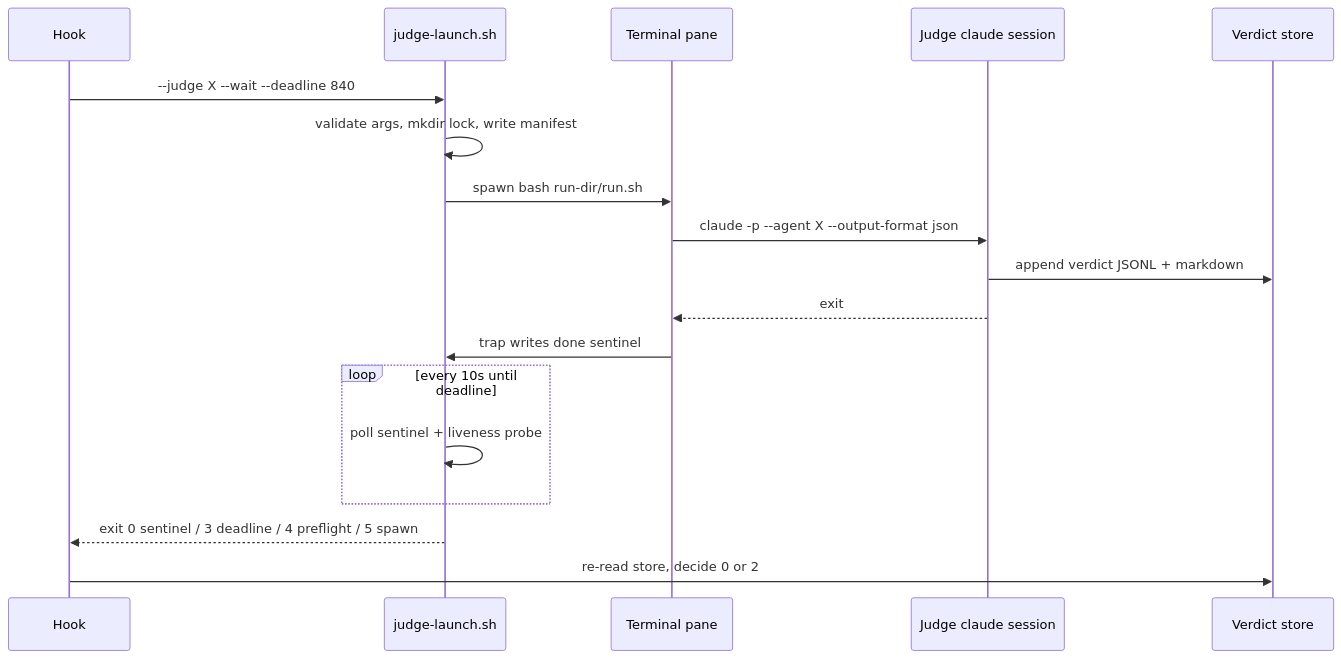
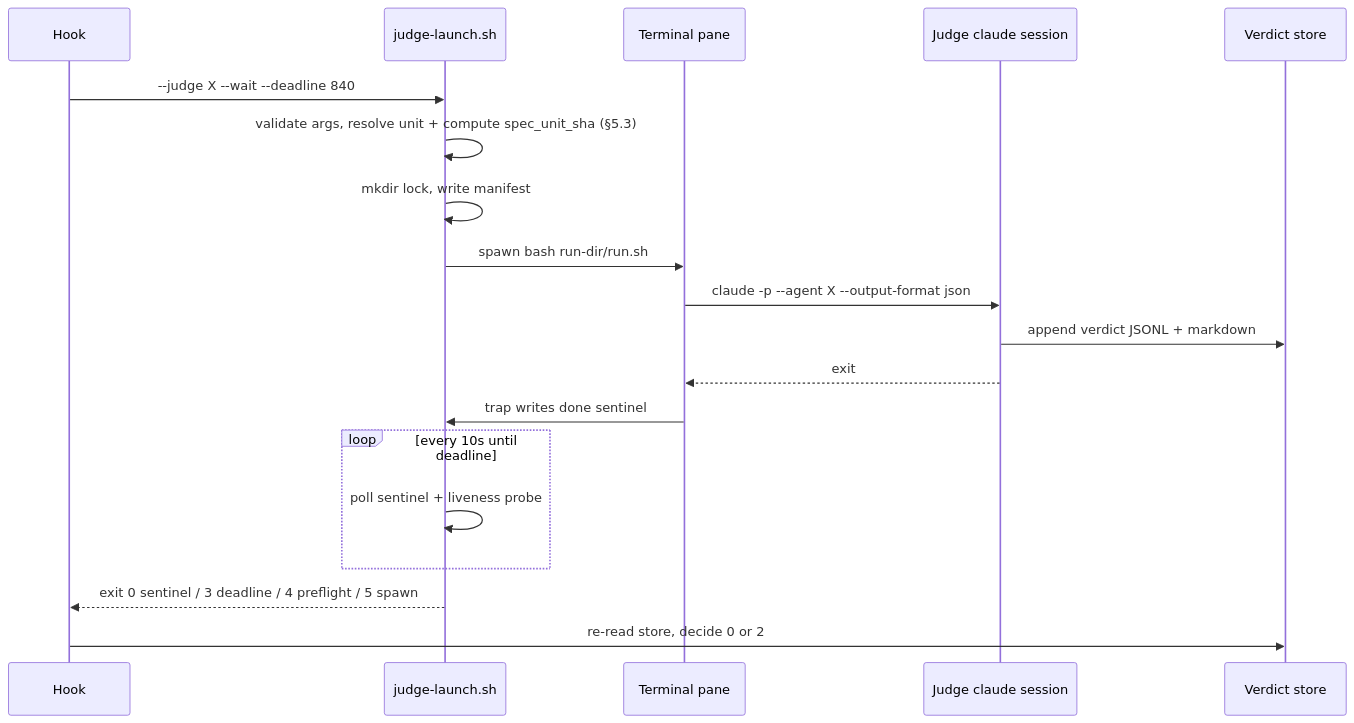
The second of 2 diagrams in docs/superpowers/specs/2026-07-20-judge-terminal-enforcement-design.md (suyatdev/.claude), drawn with Mermaid before and after one commit. The commit also changed other lines of this file and 3 other files, not shown here.

First line of the commit message:
docs(spec): split into a two-file spec unit — §6+§7 to a companion, new §5.3

````diff
--- a/docs/superpowers/specs/2026-07-20-judge-terminal-enforcement-design.md
+++ b/docs/superpowers/specs/2026-07-20-judge-terminal-enforcement-design.md
@@ -95,21 +124,22 @@
 ```mermaid
 sequenceDiagram
     participant H as Hook
     participant L as judge-launch.sh
     participant T as Terminal pane
     participant J as Judge claude session
     participant S as Verdict store
 
     H->>L: --judge X --wait --deadline 840
-    L->>L: validate args, mkdir lock, write manifest
+    L->>L: validate args, resolve unit + compute spec_unit_sha (§5.3)
+    L->>L: mkdir lock, write manifest
     L->>T: spawn bash run-dir/run.sh
     T->>J: claude -p --agent X --output-format json
     J->>S: append verdict JSONL + markdown
     J-->>T: exit
     T->>L: trap writes done sentinel
     loop every 10s until deadline
         L->>L: poll sentinel + liveness probe
     end
     L-->>H: exit 0 sentinel / 3 deadline / 4 preflight / 5 spawn
     H->>S: re-read store, decide 0 or 2
 ```
````
